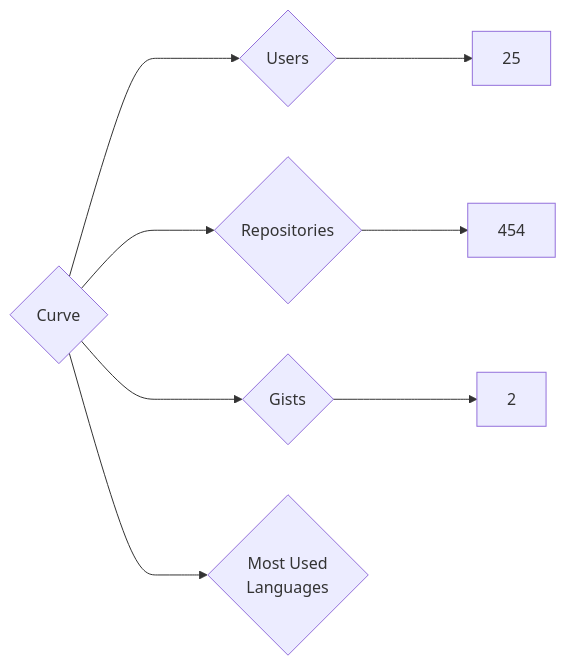
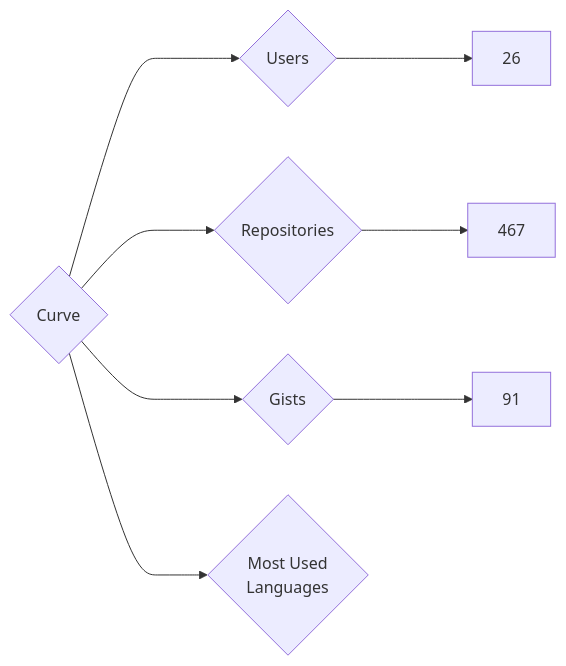
One commit to nenadzaric/insiders changed the diagram in targets/Curve/README.md. Above: the diagram before and after it, drawn with Mermaid. The commit also changed 1342 other files, not shown here.

````diff
--- a/targets/Curve/README.md
+++ b/targets/Curve/README.md
@@ -3,8 +3,8 @@
 ```mermaid
 graph LR
 COMPANY_NAME{Curve}
-COMPANY_NAME ---> U{Users} ---> UN[25]
-COMPANY_NAME ---> R{Repositories} ---> RN[454]
-COMPANY_NAME ---> G{Gists} ---> GN[2]
+COMPANY_NAME ---> U{Users} ---> UN[26]
+COMPANY_NAME ---> R{Repositories} ---> RN[467]
+COMPANY_NAME ---> G{Gists} ---> GN[91]
 COMPANY_NAME ---> ML{Most Used<br>Languages}
 ```
````
